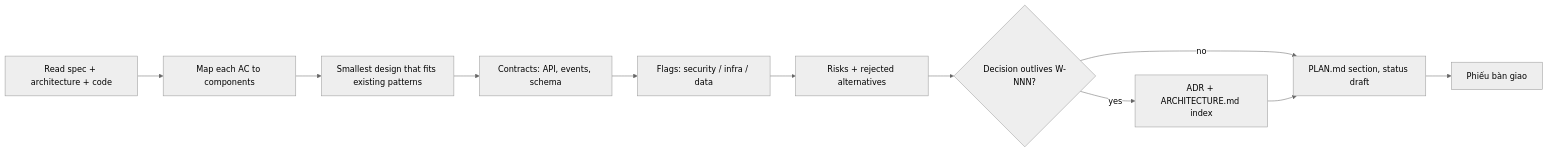
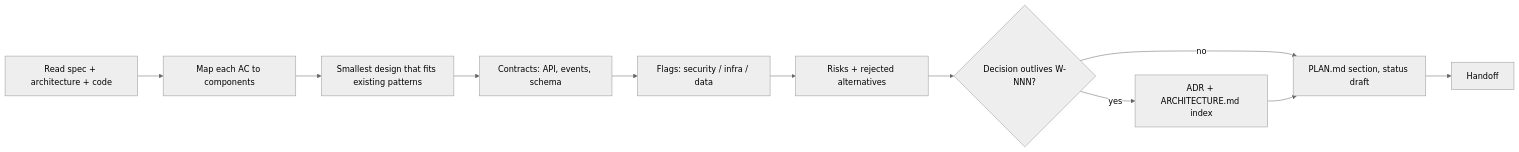
The diagram in agents/architect.md (Tuan-Quyen/technical-teams), drawn with Mermaid (neutral theme) before and after one commit. The commit also changed 37 other files, not shown here.

````diff
--- a/agents/architect.md
+++ b/agents/architect.md
@@ -23,12 +23,12 @@
 ```mermaid
 flowchart LR
   A[Read spec + architecture + code] --> B[Map each AC to components]
   B --> C[Smallest design that fits existing patterns]
   C --> D[Contracts: API, events, schema]
   D --> E[Flags: security / infra / data]
   E --> F[Risks + rejected alternatives]
   F --> G{Decision outlives W-NNN?}
   G -- yes --> H[ADR + ARCHITECTURE.md index]
   G -- no --> I[PLAN.md section, status draft]
-  H --> I --> J[Phiếu bàn giao]
+  H --> I --> J[Handoff]
 ```
````
